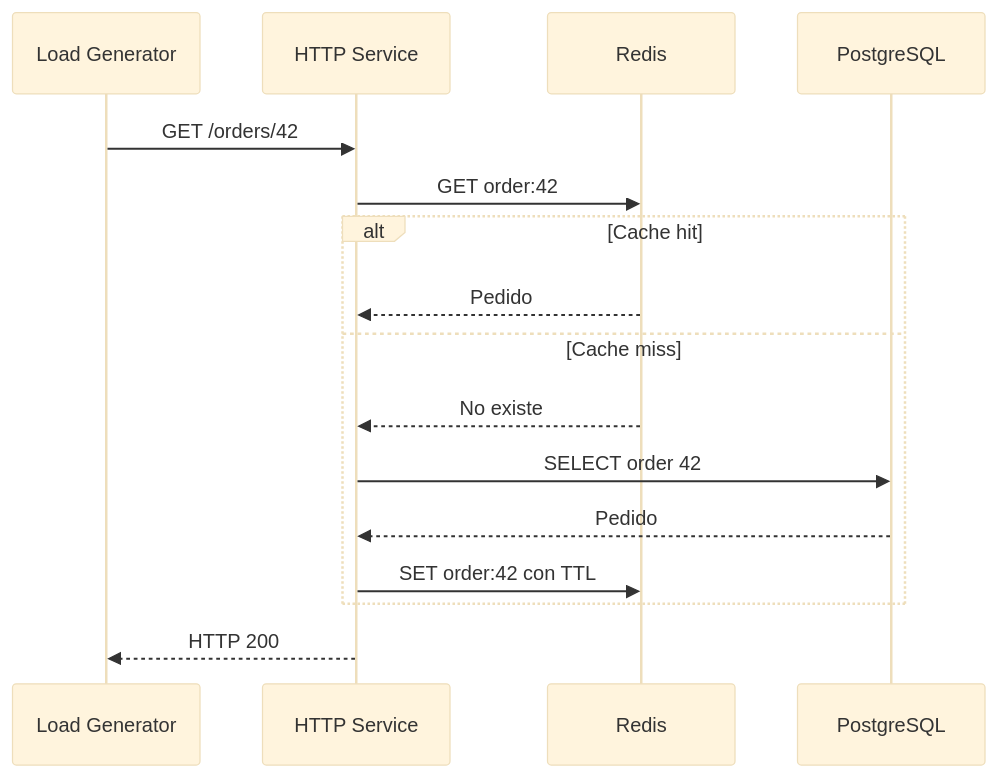
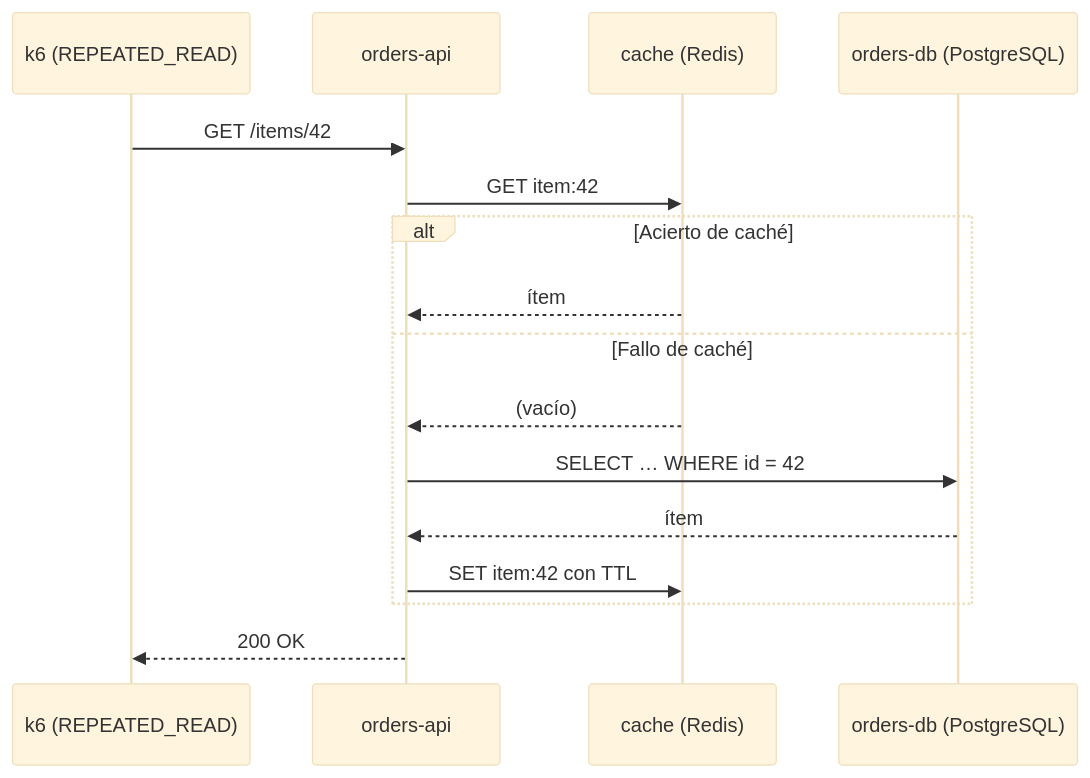
One commit to codeurjc-students/2026-INFRACTURE changed diagram 14 of 17 in docs/EXECUTION_ARCHITECTURE.md. Above: the diagram before and after it, drawn with Mermaid (base theme). The commit also changed other lines of this file and 9 other files, not shown here.

````diff
--- a/docs/EXECUTION_ARCHITECTURE.md
+++ b/docs/EXECUTION_ARCHITECTURE.md
@@ -376,19 +747,19 @@
 ```mermaid
 sequenceDiagram
-    participant L as Load Generator
-    participant H as HTTP Service
-    participant R as Redis
-    participant M as PostgreSQL
+    participant K as k6 (REPEATED_READ)
+    participant H as orders-api
+    participant R as cache (Redis)
+    participant P as orders-db (PostgreSQL)
 
-    L->>H: GET /orders/42
-    H->>R: GET order:42
-    alt Cache hit
-        R-->>H: Pedido
-    else Cache miss
-        R-->>H: No existe
-        H->>M: SELECT order 42
-        M-->>H: Pedido
-        H->>R: SET order:42 con TTL
+    K->>H: GET /items/42
+    H->>R: GET item:42
+    alt Acierto de caché
+        R-->>H: ítem
+    else Fallo de caché
+        R-->>H: (vacío)
+        H->>P: SELECT … WHERE id = 42
+        P-->>H: ítem
+        H->>R: SET item:42 con TTL
     end
-    H-->>L: HTTP 200
+    H-->>K: 200 OK
 ```
````
